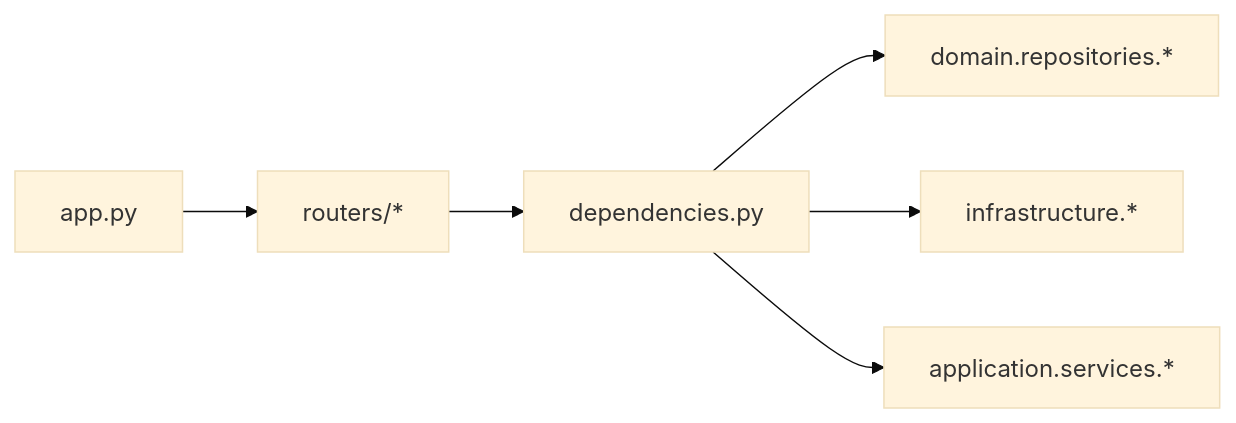
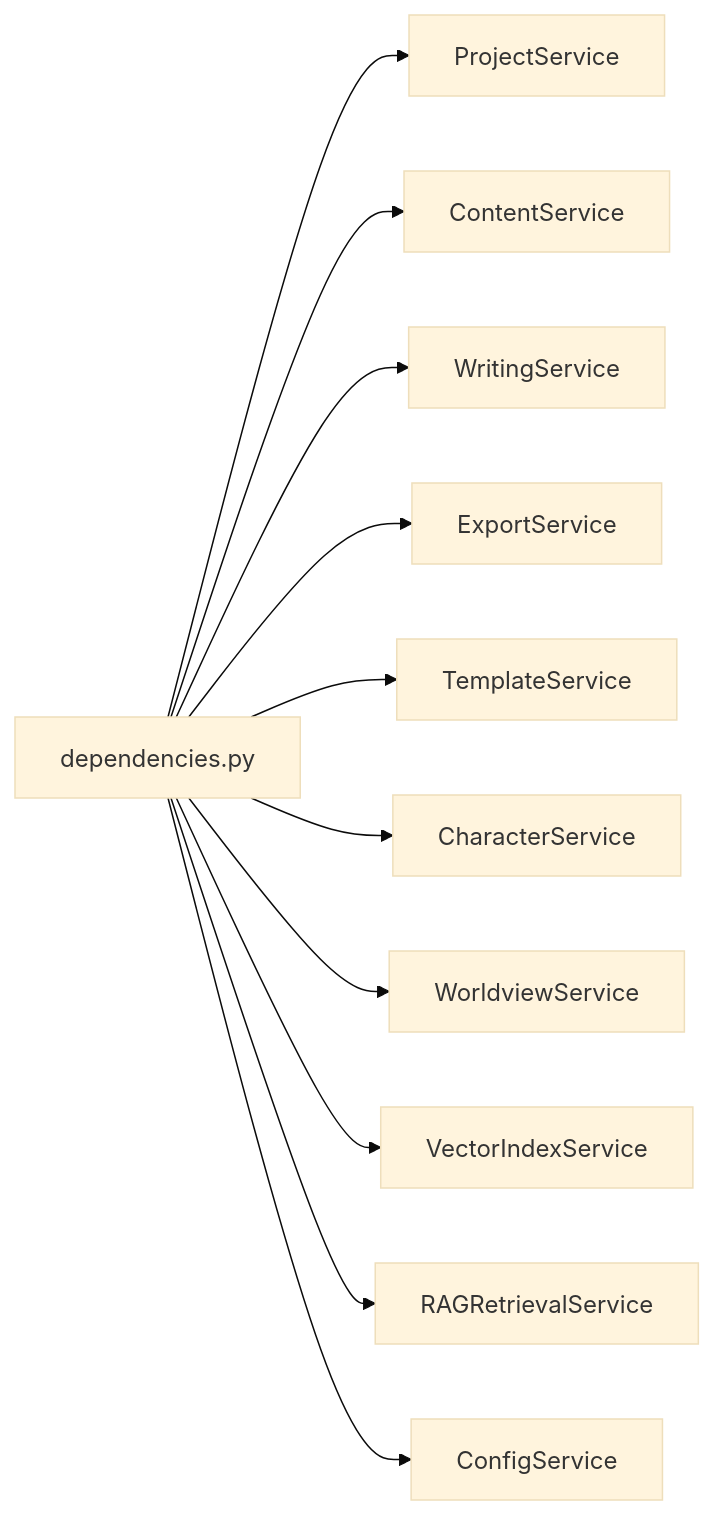
The third of 3 diagrams in .qoder/repowiki/zh/content/API接口文档/API接口文档.md (octsfm/InkTrace), drawn with Mermaid (base theme) before and after one commit. The commit also changed other lines of this file and 179 other files, not shown here.

````diff
--- a/.qoder/repowiki/zh/content/API接口文档/API接口文档.md
+++ b/.qoder/repowiki/zh/content/API接口文档/API接口文档.md
@@ -423,8 +544,13 @@
 ```mermaid
 graph LR
-App["app.py"] --> Routers["routers/*"]
-Routers --> DI["dependencies.py"]
-DI --> Repos["domain.repositories.*"]
-DI --> Infra["infrastructure.*"]
-DI --> Services["application.services.*"]
+D["dependencies.py"] --> P["ProjectService"]
+D --> C["ContentService"]
+D --> W["WritingService"]
+D --> E["ExportService"]
+D --> T["TemplateService"]
+D --> Ch["CharacterService"]
+D --> V["WorldviewService"]
+D --> Vi["VectorIndexService"]
+D --> R["RAGRetrievalService"]
+D --> Con["ConfigService"]
 ```
````
